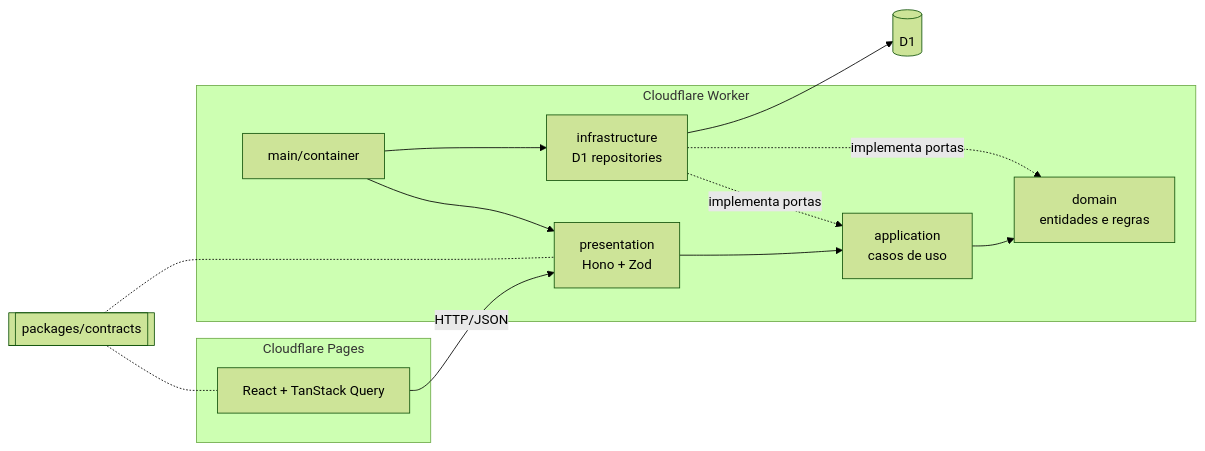
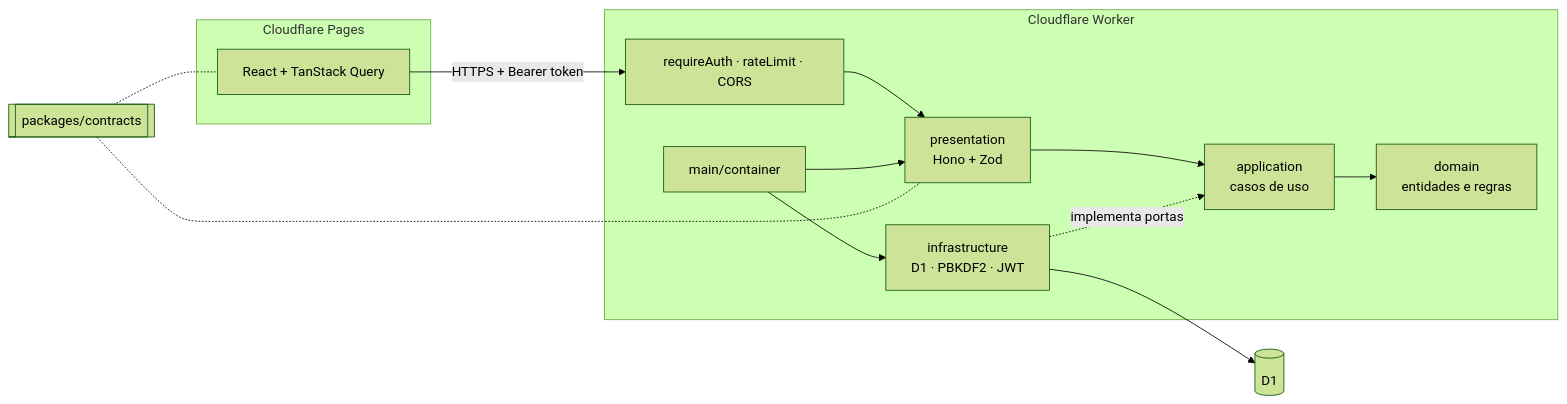
Before and after one commit to Felipecluiz/Fintrack: the diagram in README.md, drawn with Mermaid (forest theme). The commit also changed other lines of this file and 104 other files, not shown here.

````diff
--- a/README.md
+++ b/README.md
@@ -51,16 +82,16 @@
 ```mermaid
 flowchart LR
   subgraph Pages["Cloudflare Pages"]
     UI[React + TanStack Query]
   end
   subgraph Worker["Cloudflare Worker"]
-    P[presentation<br/>Hono + Zod] --> A[application<br/>casos de uso]
+    MW[requireAuth · rateLimit · CORS] --> P[presentation<br/>Hono + Zod]
+    P --> A[application<br/>casos de uso]
     A --> D[domain<br/>entidades e regras]
-    I[infrastructure<br/>D1 repositories] -. implementa portas .-> A
-    I -. implementa portas .-> D
+    I[infrastructure<br/>D1 · PBKDF2 · JWT] -. implementa portas .-> A
     M[main/container] --> P & I
   end
-  UI -- HTTP/JSON --> P
+  UI -- "HTTPS + Bearer token" --> MW
   I --> DB[(D1)]
   C[[packages/contracts]] -.- UI & P
 ```
````
